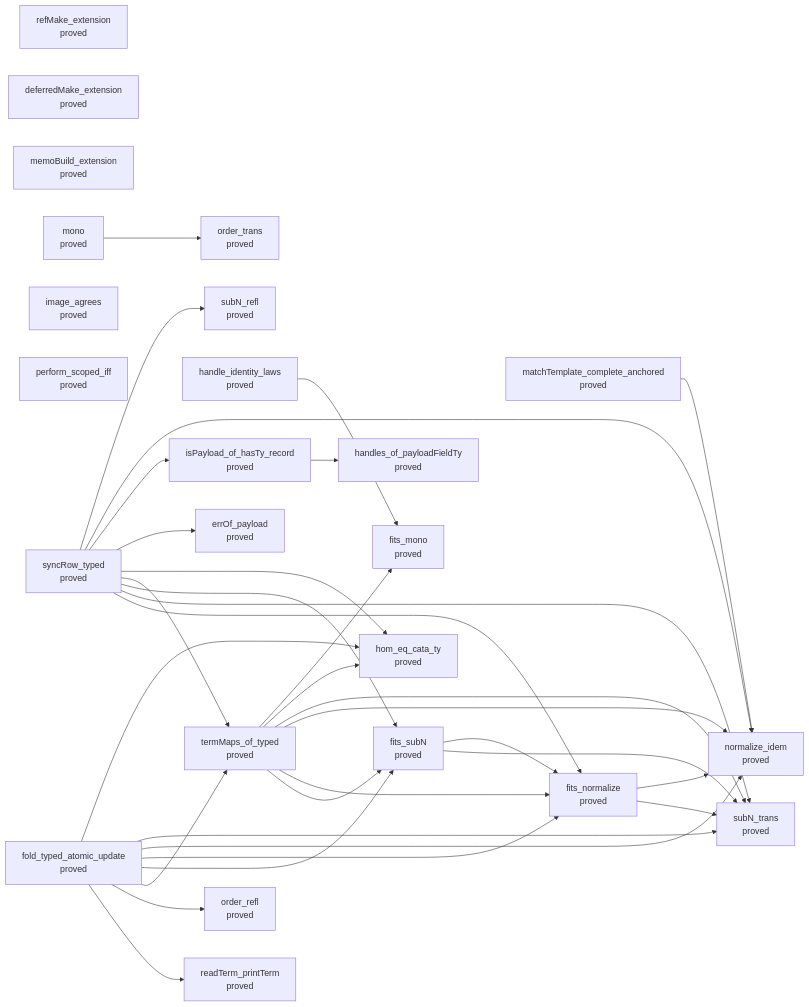
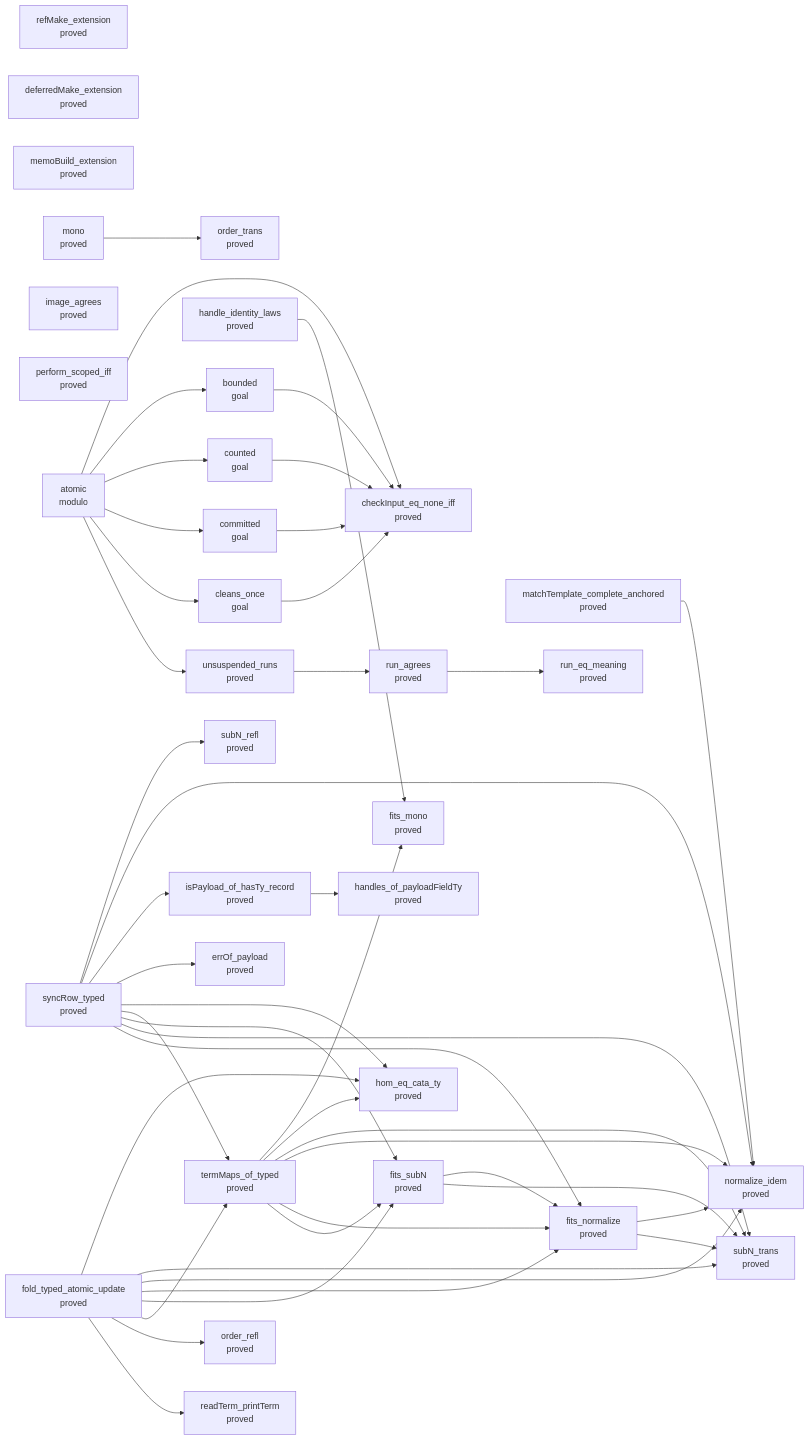
Before and after one commit to pure-algebra/lean4-effect4: the fourth of 13 diagrams in generated/semantics.md, drawn with Mermaid. The commit also changed other lines of this file and 5 other files, not shown here.

````diff
--- a/generated/semantics.md
+++ b/generated/semantics.md
@@ -2053,58 +2053,79 @@
 ```mermaid
 flowchart LR
   n0["order_refl<br/>proved"]
   n1["order_trans<br/>proved"]
   n2["refMake_extension<br/>proved"]
   n3["deferredMake_extension<br/>proved"]
   n4["memoBuild_extension<br/>proved"]
   n5["fold_typed_atomic_update<br/>proved"]
   n6["handle_identity_laws<br/>proved"]
   n7["image_agrees<br/>proved"]
   n8["perform_scoped_iff<br/>proved"]
   n9["matchTemplate_complete_anchored<br/>proved"]
   n10["mono<br/>proved"]
   n11["syncRow_typed<br/>proved"]
   n12["termMaps_of_typed<br/>proved"]
-  n13["readTerm_printTerm<br/>proved"]
-  n14["fits_subN<br/>proved"]
-  n15["fits_normalize<br/>proved"]
-  n16["normalize_idem<br/>proved"]
-  n17["subN_trans<br/>proved"]
-  n18["hom_eq_cata_ty<br/>proved"]
-  n19["fits_mono<br/>proved"]
-  n20["errOf_payload<br/>proved"]
-  n21["isPayload_of_hasTy_record<br/>proved"]
-  n22["subN_refl<br/>proved"]
-  n23["handles_of_payloadFieldTy<br/>proved"]
-  n5 --> n13
+  n13["atomic<br/>modulo"]
+  n14["bounded<br/>goal"]
+  n15["committed<br/>goal"]
+  n16["counted<br/>goal"]
+  n17["readTerm_printTerm<br/>proved"]
+  n18["fits_subN<br/>proved"]
+  n19["fits_normalize<br/>proved"]
+  n20["normalize_idem<br/>proved"]
+  n21["subN_trans<br/>proved"]
+  n22["hom_eq_cata_ty<br/>proved"]
+  n23["fits_mono<br/>proved"]
+  n24["errOf_payload<br/>proved"]
+  n25["isPayload_of_hasTy_record<br/>proved"]
+  n26["subN_refl<br/>proved"]
+  n27["unsuspended_runs<br/>proved"]
+  n28["cleans_once<br/>goal"]
+  n29["checkInput_eq_none_iff<br/>proved"]
+  n30["handles_of_payloadFieldTy<br/>proved"]
+  n31["run_agrees<br/>proved"]
+  n32["run_eq_meaning<br/>proved"]
+  n5 --> n17
   n5 --> n0
   n5 --> n12
-  n5 --> n14
-  n5 --> n15
-  n5 --> n16
-  n5 --> n17
   n5 --> n18
-  n6 --> n19
-  n9 --> n16
+  n5 --> n19
+  n5 --> n20
+  n5 --> n21
+  n5 --> n22
+  n6 --> n23
+  n9 --> n20
   n10 --> n1
-  n11 --> n15
-  n11 --> n17
-  n11 --> n14
+  n11 --> n19
+  n11 --> n21
+  n11 --> n18
   n11 --> n12
-  n11 --> n18
+  n11 --> n22
+  n11 --> n24
+  n11 --> n25
   n11 --> n20
-  n11 --> n21
-  n11 --> n16
-  n11 --> n22
-  n12 --> n14
-  n12 --> n15
-  n12 --> n16
-  n12 --> n17
+  n11 --> n26
   n12 --> n18
   n12 --> n19
-  n14 --> n17
-  n14 --> n15
-  n15 --> n17
-  n15 --> n16
-  n21 --> n23
+  n12 --> n20
+  n12 --> n21
+  n12 --> n22
+  n12 --> n23
+  n13 --> n27
+  n13 --> n28
+  n13 --> n15
+  n13 --> n16
+  n13 --> n14
+  n13 --> n29
+  n14 --> n29
+  n15 --> n29
+  n16 --> n29
+  n18 --> n21
+  n18 --> n19
+  n19 --> n21
+  n19 --> n20
+  n25 --> n30
+  n27 --> n31
+  n28 --> n29
+  n31 --> n32
 ```
````
